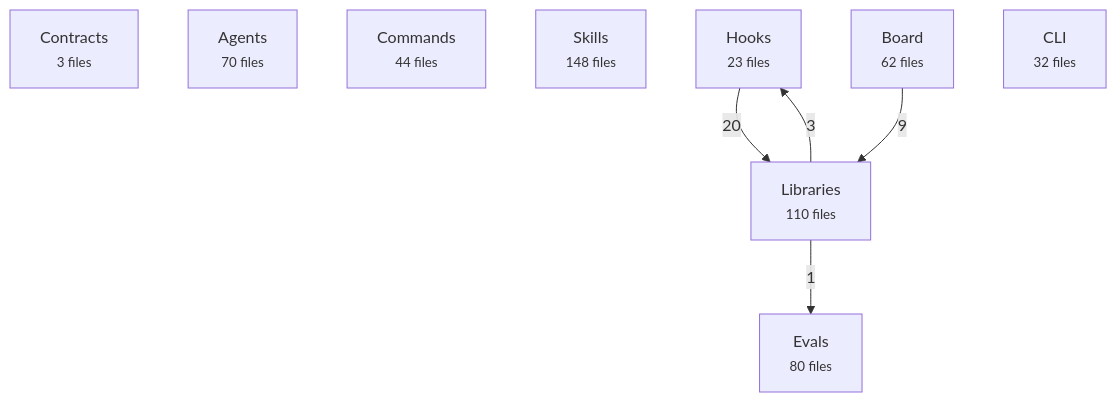
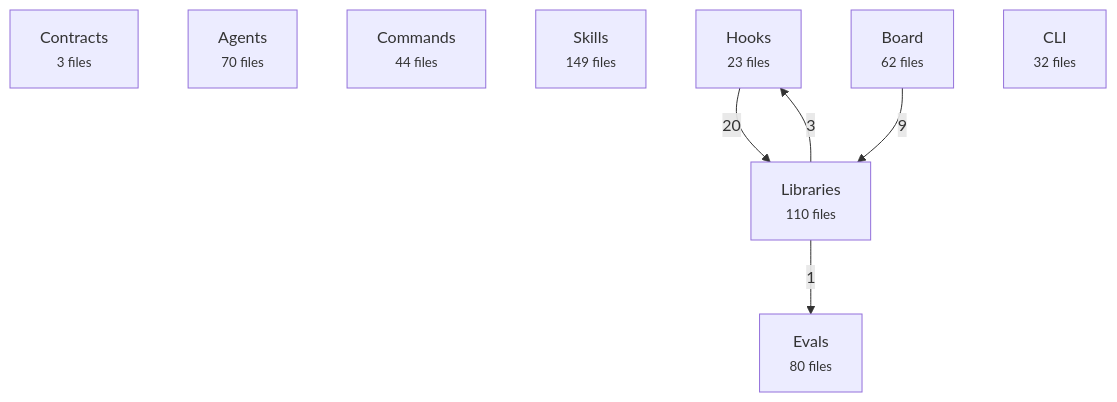
One commit to avelikiy/great_cto changed the first of 2 diagrams in docs/reference/architecture-map.md. Above: the diagram before and after it, drawn with Mermaid. The commit also changed other lines of this file and 6 other files, not shown here.

````diff
--- a/docs/reference/architecture-map.md
+++ b/docs/reference/architecture-map.md
@@ -20,16 +20,16 @@
 ```mermaid
 flowchart TD
   contracts["Contracts<br/><small>3 files</small>"]
   agents["Agents<br/><small>70 files</small>"]
   commands["Commands<br/><small>44 files</small>"]
-  skills["Skills<br/><small>148 files</small>"]
+  skills["Skills<br/><small>149 files</small>"]
   hooks["Hooks<br/><small>23 files</small>"]
   libs["Libraries<br/><small>110 files</small>"]
   board["Board<br/><small>62 files</small>"]
   cli["CLI<br/><small>32 files</small>"]
   evals["Evals<br/><small>80 files</small>"]
   hooks -->|20| libs
   board -->|9| libs
   libs -->|3| hooks
   libs -->|1| evals
 ```
````
